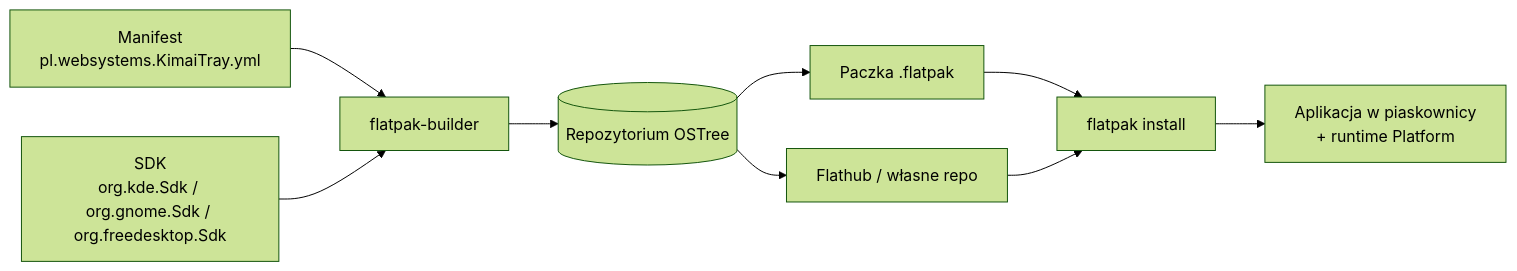
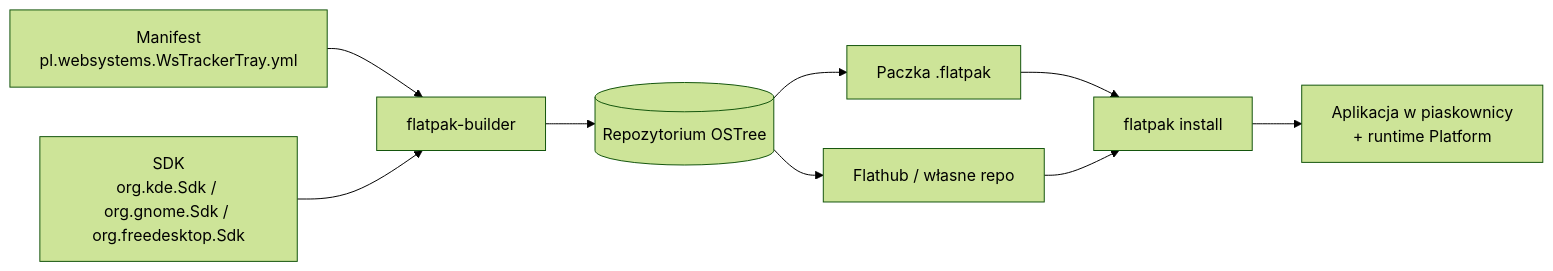
One commit to DragonKing026/DK-Tracker-Linux changed the diagram in docs/integracje/flatpak.md. Above: the diagram before and after it, drawn with Mermaid (forest theme). The commit also changed other lines of this file and 66 other files, not shown here.

Commit message:
docs: nazwa WS Tracker Tray w dokumentacji, planie 4 i zadaniach

````diff
--- a/docs/integracje/flatpak.md
+++ b/docs/integracje/flatpak.md
@@ -19,11 +19,11 @@
 ```mermaid
 flowchart LR
-    M[Manifest<br/>pl.websystems.KimaiTray.yml] --> FB[flatpak-builder]
+    M[Manifest<br/>pl.websystems.WsTrackerTray.yml] --> FB[flatpak-builder]
     SDK[SDK<br/>org.kde.Sdk / org.gnome.Sdk / org.freedesktop.Sdk] --> FB
     FB --> R[(Repozytorium OSTree)]
     R --> B[Paczka .flatpak]
     R --> FH[Flathub / własne repo]
     B --> I[flatpak install]
     FH --> I
     I --> RUN[Aplikacja w piaskownicy<br/>+ runtime Platform]
 ```
````
